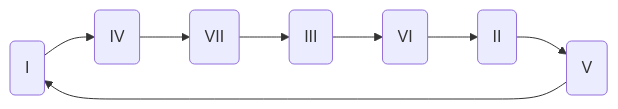
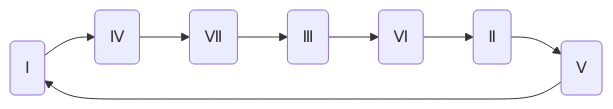
One commit to bowenEI/bowenEI.github.io changed the diagram in content/music-theory/和弦.md. Above: the diagram before and after it, drawn with Mermaid. The commit also changed other lines of this file and 2 other files, not shown here.

````diff
--- a/content/music-theory/和弦.md
+++ b/content/music-theory/和弦.md
@@ -225,4 +231,4 @@
 ```mermaid
 flowchart LR
-    C(I) --> F(IV) --> B(VII) --> E(III) --> A(VI) --> D(II) --> G(V) --> C(I)
+    C(Ⅰ) --> F(Ⅳ) --> B(Ⅶ) --> E(Ⅲ) --> A(Ⅵ) --> D(Ⅱ) --> G(Ⅴ) --> C(Ⅰ)
 ```
````
